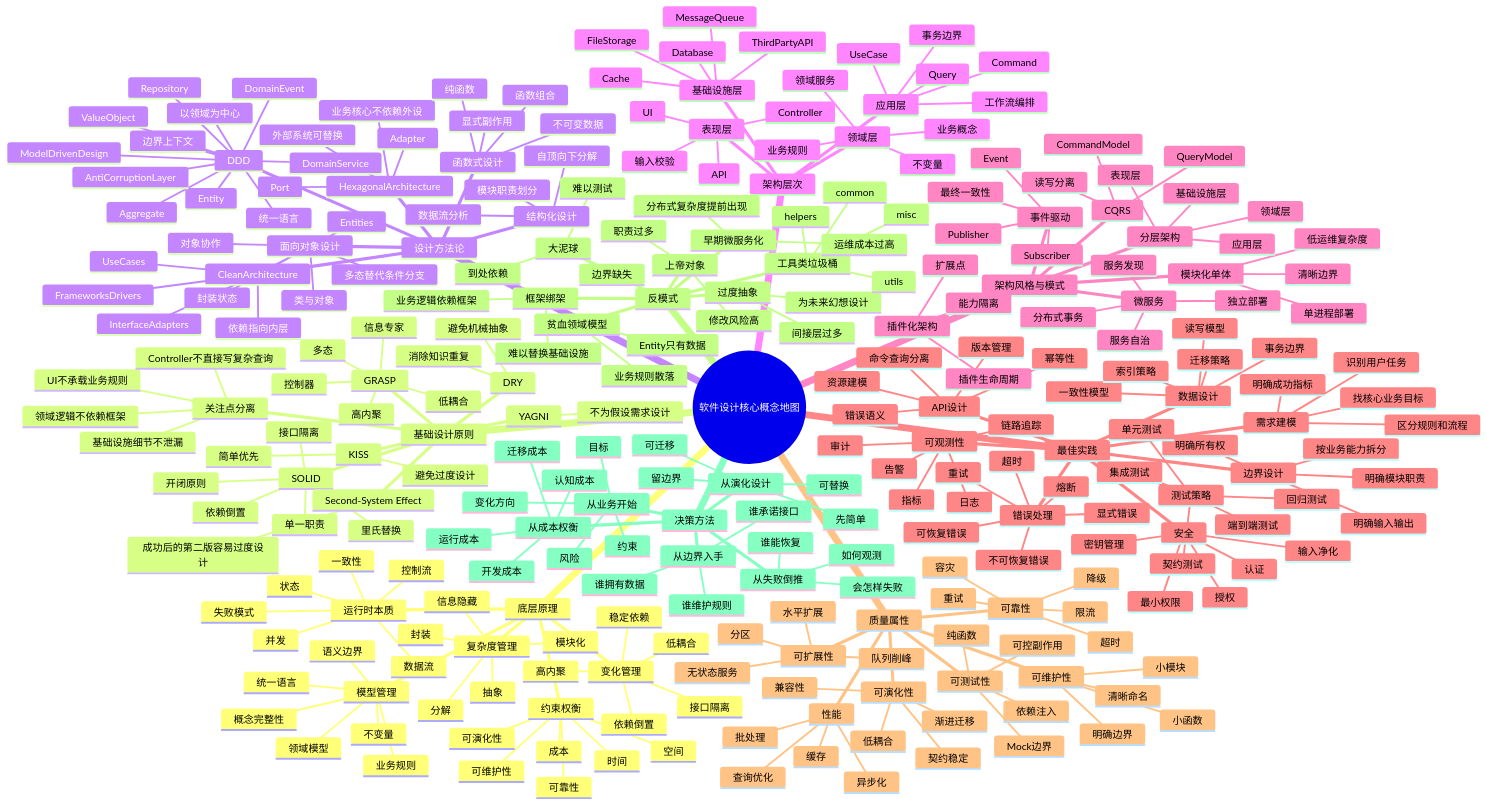
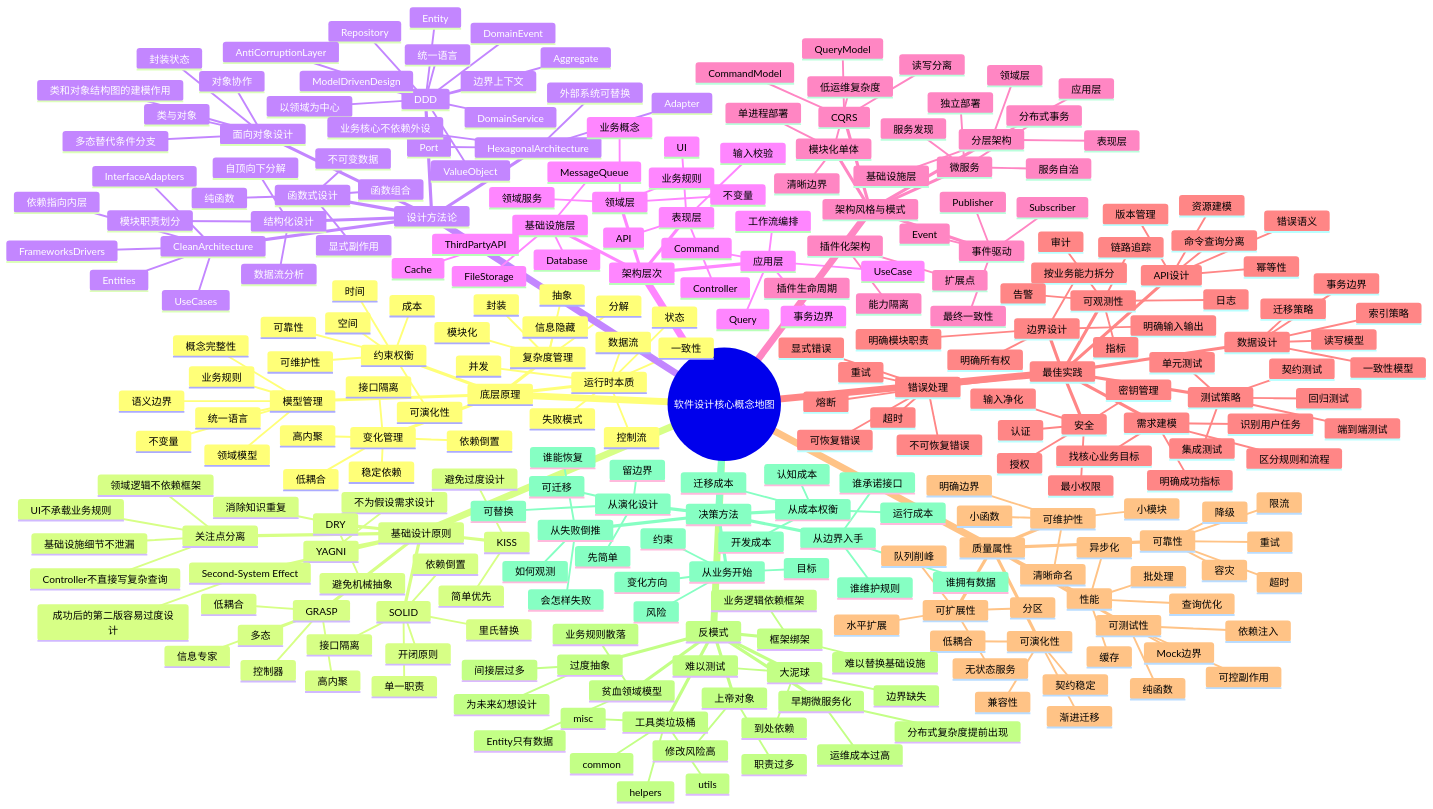
The diagram in wiki/maps/Software Design Map.md (zjykzk/blog), drawn with Mermaid before and after one commit. The commit also changed other lines of this file and 238 other files, not shown here.

```diff
--- a/wiki/maps/Software Design Map.md
+++ b/wiki/maps/Software Design Map.md
@@ -129,6 +128,7 @@
         数据流分析
       面向对象设计
         类与对象
+        类和对象结构图的建模作用
         对象协作
         封装状态
         多态替代条件分支
```
